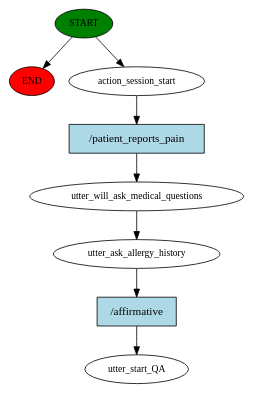
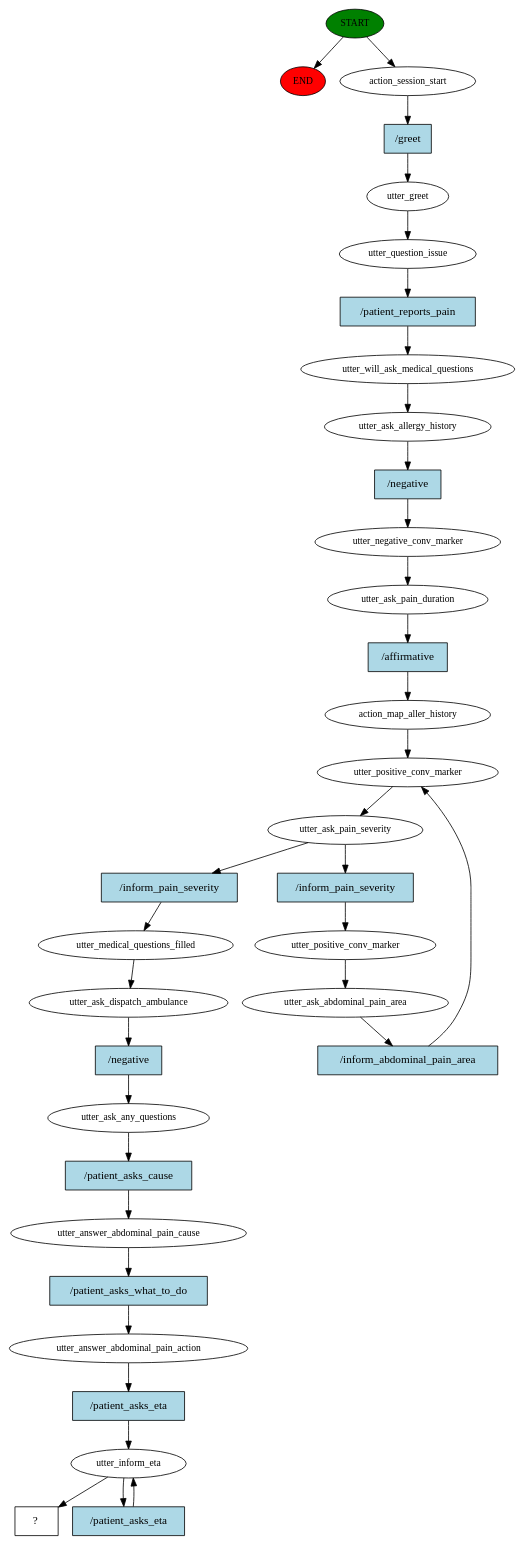
One commit to halixness/HMD-Dispatcher changed the diagram in story_graph.dot. Above: the diagram before and after it, drawn with Graphviz. The commit also changed 5 other files, not shown here.

```diff
--- a/story_graph.dot
+++ b/story_graph.dot
@@ -1,17 +1,69 @@
 digraph  {
 0 [class="start active", fillcolor=green, fontsize=12, label=START, style=filled];
 "-1" [class=end, fillcolor=red, fontsize=12, label=END, style=filled];
 1 [class=active, fontsize=12, label=action_session_start];
-2 [class=active, fontsize=12, label=utter_will_ask_medical_questions];
-3 [class=active, fontsize=12, label=utter_ask_allergy_history];
-4 [class="dashed active", fontsize=12, label=utter_start_QA];
-5 [class="intent active", fillcolor=lightblue, label="/patient_reports_pain", shape=rect, style=filled];
-6 [class="intent active", fillcolor=lightblue, label="/affirmative", shape=rect, style=filled];
+2 [class=active, fontsize=12, label=utter_greet];
+3 [class=active, fontsize=12, label=utter_question_issue];
+4 [class=active, fontsize=12, label=utter_will_ask_medical_questions];
+5 [class=active, fontsize=12, label=utter_ask_allergy_history];
+6 [class=active, fontsize=12, label=utter_negative_conv_marker];
+7 [class=active, fontsize=12, label=utter_ask_pain_duration];
+8 [class=active, fontsize=12, label=action_map_aller_history];
+9 [class=active, fontsize=12, label=utter_positive_conv_marker];
+10 [class=active, fontsize=12, label=utter_ask_pain_severity];
+11 [class=active, fontsize=12, label=utter_positive_conv_marker];
+12 [class=active, fontsize=12, label=utter_ask_abdominal_pain_area];
+15 [class=active, fontsize=12, label=utter_medical_questions_filled];
+16 [class=active, fontsize=12, label=utter_ask_dispatch_ambulance];
+17 [class=active, fontsize=12, label=utter_ask_any_questions];
+18 [class=active, fontsize=12, label=utter_answer_abdominal_pain_cause];
+19 [class=active, fontsize=12, label=utter_answer_abdominal_pain_action];
+20 [class=active, fontsize=12, label=utter_inform_eta];
+22 [class="intent dashed active", label="  ?  ", shape=rect];
+23 [class="intent active", fillcolor=lightblue, label="/greet", shape=rect, style=filled];
+24 [class="intent active", fillcolor=lightblue, label="/patient_reports_pain", shape=rect, style=filled];
+25 [class="intent active", fillcolor=lightblue, label="/negative", shape=rect, style=filled];
+26 [class="intent active", fillcolor=lightblue, label="/affirmative", shape=rect, style=filled];
+27 [class="intent active", fillcolor=lightblue, label="/inform_pain_severity", shape=rect, style=filled];
+28 [class="intent active", fillcolor=lightblue, label="/inform_pain_severity", shape=rect, style=filled];
+29 [class="intent active", fillcolor=lightblue, label="/inform_abdominal_pain_area", shape=rect, style=filled];
+30 [class="intent active", fillcolor=lightblue, label="/negative", shape=rect, style=filled];
+31 [class="intent active", fillcolor=lightblue, label="/patient_asks_cause", shape=rect, style=filled];
+32 [class="intent active", fillcolor=lightblue, label="/patient_asks_what_to_do", shape=rect, style=filled];
+33 [class="intent active", fillcolor=lightblue, label="/patient_asks_eta", shape=rect, style=filled];
+34 [class="intent active", fillcolor=lightblue, label="/patient_asks_eta", shape=rect, style=filled];
 0 -> "-1"  [class="", key=NONE, label=""];
 0 -> 1  [class=active, key=NONE, label=""];
-1 -> 5  [class=active, key=0];
+1 -> 23  [class=active, key=0];
 2 -> 3  [class=active, key=NONE, label=""];
-3 -> 6  [class=active, key=0];
-5 -> 2  [class=active, key=0];
-6 -> 4  [class=active, key=0];
+3 -> 24  [class=active, key=0];
+4 -> 5  [class=active, key=NONE, label=""];
+5 -> 25  [class=active, key=0];
+6 -> 7  [class=active, key=NONE, label=""];
+7 -> 26  [class=active, key=0];
+8 -> 9  [class=active, key=NONE, label=""];
+9 -> 10  [class=active, key=NONE, label=""];
+10 -> 27  [class=active, key=0];
+10 -> 28  [class=active, key=0];
+11 -> 12  [class=active, key=NONE, label=""];
+12 -> 29  [class=active, key=0];
+15 -> 16  [class=active, key=NONE, label=""];
+16 -> 30  [class=active, key=0];
+17 -> 31  [class=active, key=0];
+18 -> 32  [class=active, key=0];
+19 -> 33  [class=active, key=0];
+20 -> 22  [class=active, key=NONE, label=""];
+20 -> 34  [class=active, key=0];
+23 -> 2  [class=active, key=0];
+24 -> 4  [class=active, key=0];
+25 -> 6  [class=active, key=0];
+26 -> 8  [class=active, key=0];
+27 -> 11  [class=active, key=0];
+28 -> 15  [class=active, key=0];
+29 -> 9  [class=active, key=0];
+30 -> 17  [class=active, key=0];
+31 -> 18  [class=active, key=0];
+32 -> 19  [class=active, key=0];
+33 -> 20  [class=active, key=0];
+34 -> 20  [class=active, key=0];
 }
```
